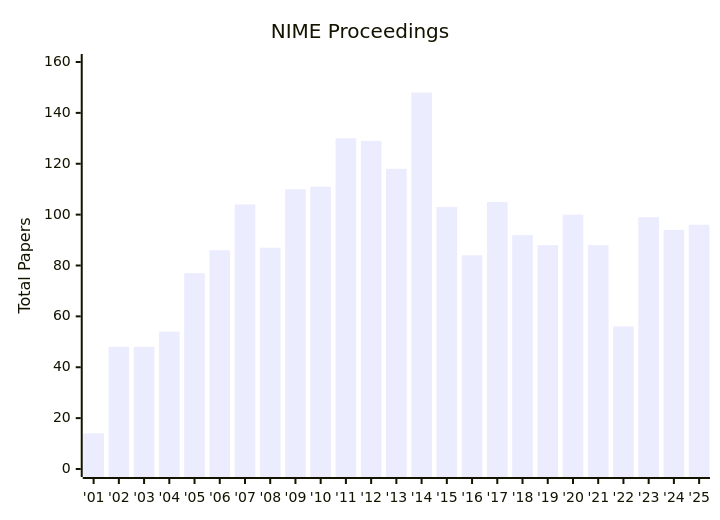
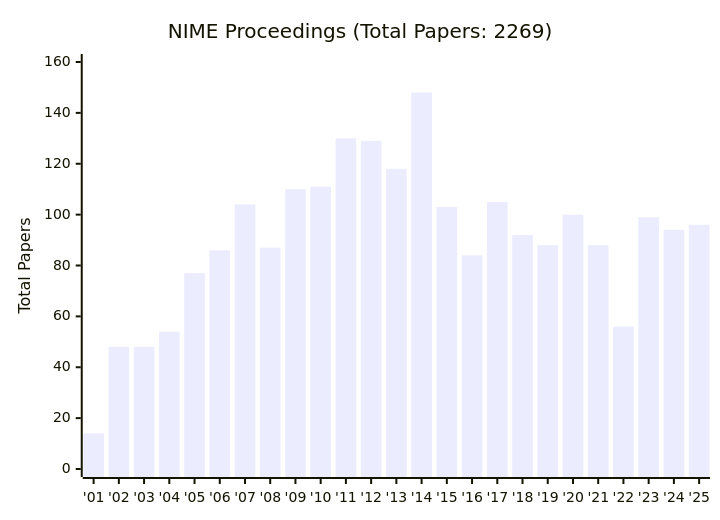
The first of 2 diagrams in README.md (Nemus-Project/fair-nime-2026), drawn with Mermaid before and after one commit.

Commit message:
add total

````diff
--- a/README.md
+++ b/README.md
@@ -383,8 +383,7 @@
 ```mermaid
 xychart-beta
-    title "NIME Proceedings"
+    title "NIME Proceedings (Total Papers: 2269)"
     x-axis ["'01", "'02", "'03", "'04", "'05", "'06", "'07", "'08", "'09", "'10", "'11", "'12", "'13", "'14", "'15", "'16", "'17", "'18", "'19", "'20", "'21", "'22", "'23", "'24", "'25"]
     y-axis "Total Papers" 0 --> 160
-    bar [14, 48, 48, 54, 77, 86, 104, 87, 110, 111, 130, 129, 118, 148, 103, 84, 105, 92, 88, 100, 88, 56, 99, 94, 96]
-    
+    bar [14, 48, 48, 54, 77, 86, 104, 87, 110, 111, 130, 129, 118, 148, 103, 84, 105, 92, 88, 100, 88, 56, 99, 94, 96] 
 ```
````
